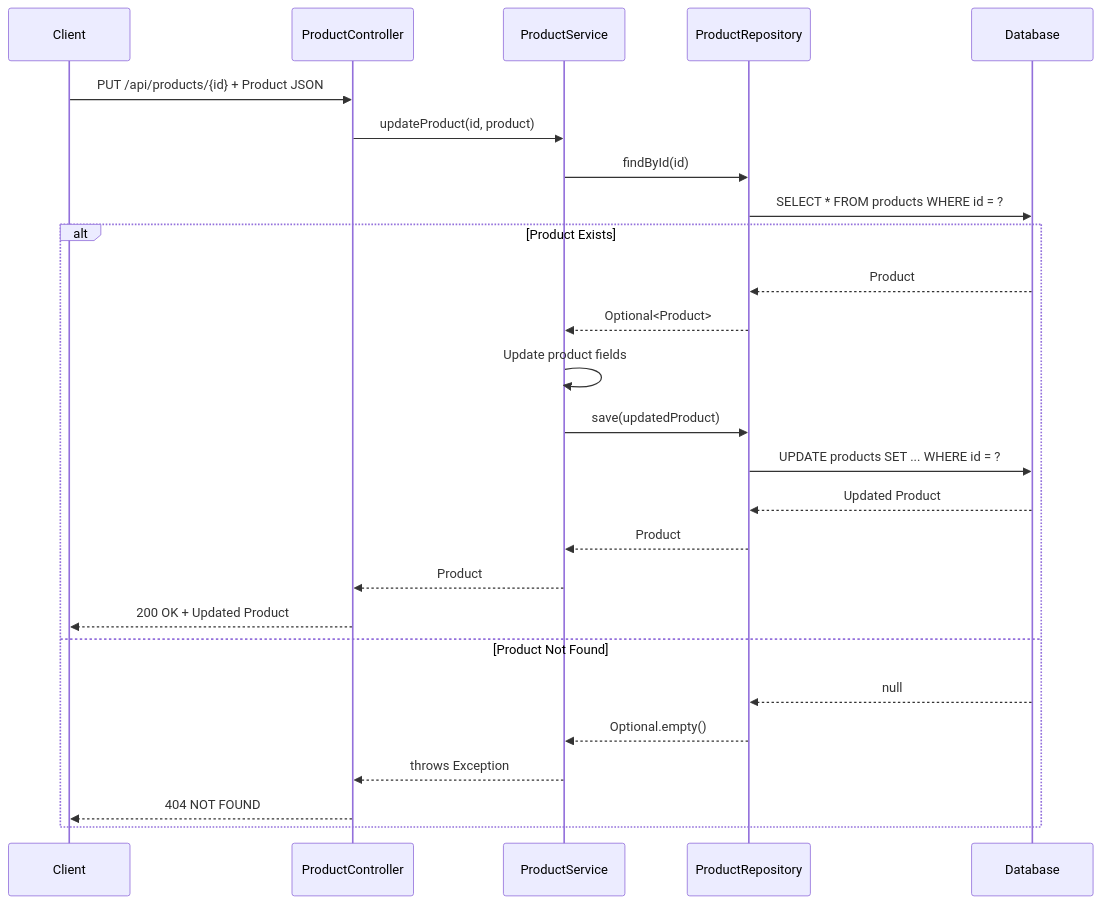
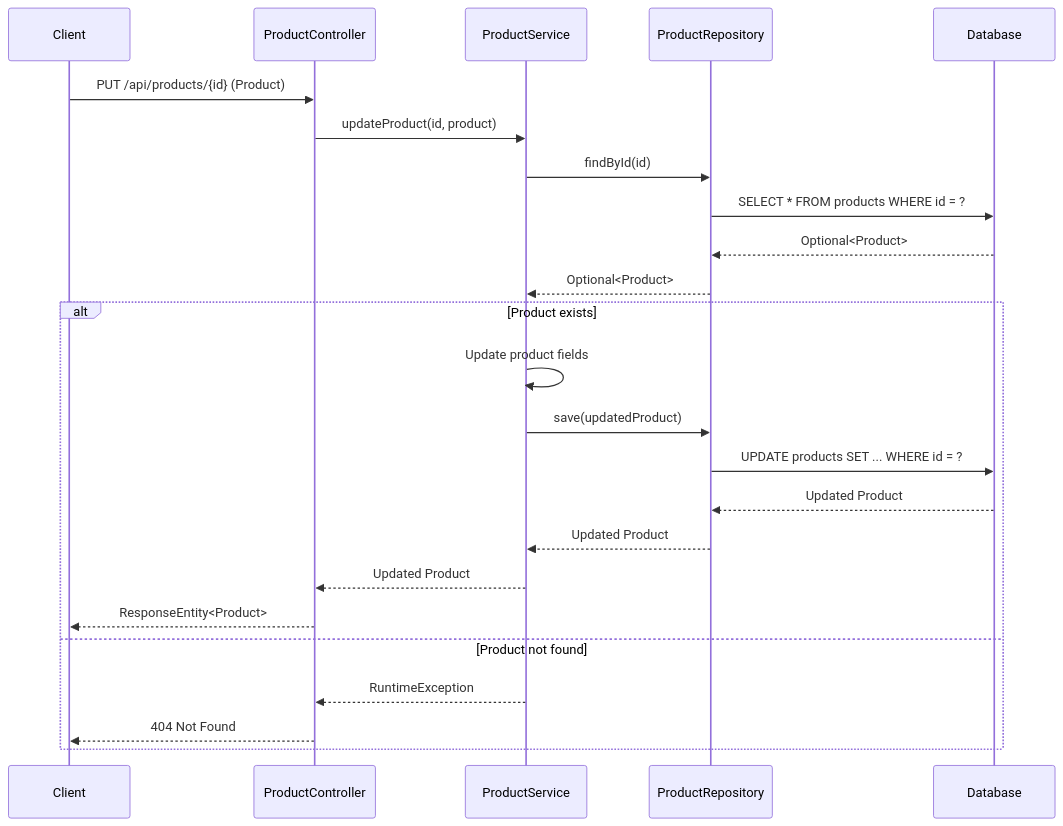
The seventh of 10 diagrams in docs/LLD/lld.md (NavneetBN47/aava-ecom-demo), drawn with Mermaid before and after one commit. The commit also changed other lines of this file, not shown here.

````diff
--- a/docs/LLD/lld.md
+++ b/docs/LLD/lld.md
@@ -179,30 +223,28 @@
 ```mermaid
 sequenceDiagram
     participant Client
     participant ProductController
     participant ProductService
     participant ProductRepository
     participant Database
     
-    Client->>ProductController: PUT /api/products/{id} + Product JSON
+    Client->>ProductController: PUT /api/products/{id} (Product)
     ProductController->>ProductService: updateProduct(id, product)
     ProductService->>ProductRepository: findById(id)
     ProductRepository->>Database: SELECT * FROM products WHERE id = ?
+    Database-->>ProductRepository: Optional<Product>
+    ProductRepository-->>ProductService: Optional<Product>
     
-    alt Product Exists
-        Database-->>ProductRepository: Product
-        ProductRepository-->>ProductService: Optional<Product>
+    alt Product exists
         ProductService->>ProductService: Update product fields
         ProductService->>ProductRepository: save(updatedProduct)
         ProductRepository->>Database: UPDATE products SET ... WHERE id = ?
         Database-->>ProductRepository: Updated Product
-        ProductRepository-->>ProductService: Product
-        ProductService-->>ProductController: Product
-        ProductController-->>Client: 200 OK + Updated Product
-    else Product Not Found
-        Database-->>ProductRepository: null
-        ProductRepository-->>ProductService: Optional.empty()
-        ProductService-->>ProductController: throws Exception
-        ProductController-->>Client: 404 NOT FOUND
+        ProductRepository-->>ProductService: Updated Product
+        ProductService-->>ProductController: Updated Product
+        ProductController-->>Client: ResponseEntity<Product>
+    else Product not found
+        ProductService-->>ProductController: RuntimeException
+        ProductController-->>Client: 404 Not Found
     end
 ```
````
